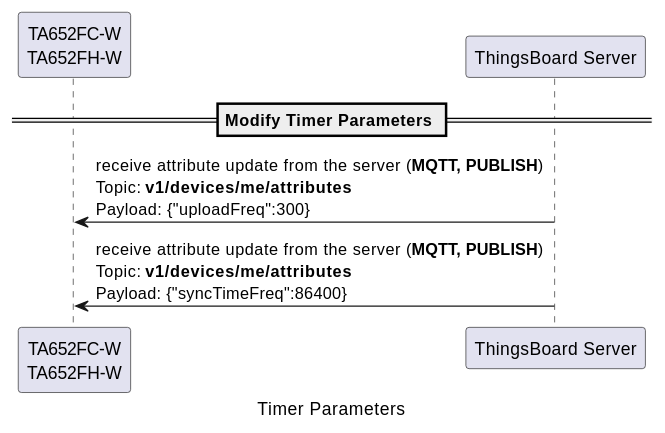
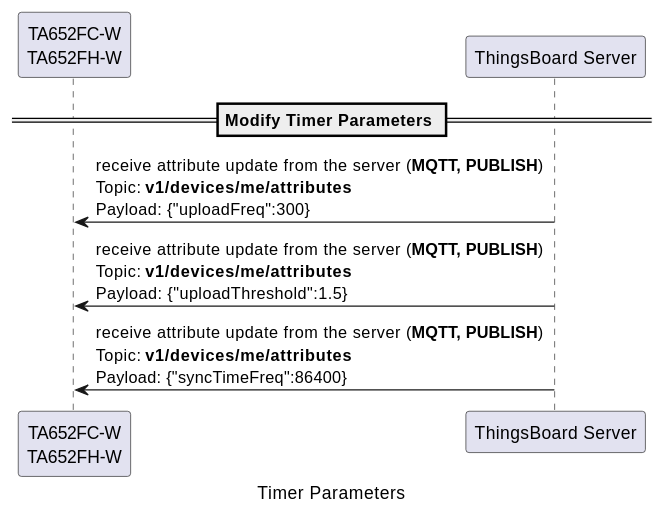
Diagram 12 of 17 in docs/device/ta652fc-w/ta652fc-w-mqtt-api.rst (avantec-iot/avantec-thingsboard), drawn with PlantUML before and after one commit. The commit also changed other lines of this file and 1 other file, not shown here.

Commit message:
add a shared attribute - uploadFreshold for TA652FC-W-TB

```diff
--- a/docs/device/ta652fc-w/ta652fc-w-mqtt-api.rst
+++ b/docs/device/ta652fc-w/ta652fc-w-mqtt-api.rst
@@ -797,10 +807,11 @@
   .. uml::
 
     caption  Timer Parameters
 
     participant "TA652FC-W\nTA652FH-W" as TBDev order 10
     participant "ThingsBoard Server"  as TBSrv order 20 
 
     == Modify Timer Parameters ==
     TBDev  <-  TBSrv: receive attribute update from the server (**MQTT, PUBLISH**) \nTopic: **v1/devices/me/attributes** \nPayload: {"uploadFreq":300}
+    TBDev  <-  TBSrv: receive attribute update from the server (**MQTT, PUBLISH**) \nTopic: **v1/devices/me/attributes** \nPayload: {"uploadThreshold":1.5}
     TBDev  <-  TBSrv: receive attribute update from the server (**MQTT, PUBLISH**) \nTopic: **v1/devices/me/attributes** \nPayload: {"syncTimeFreq":86400}
```
